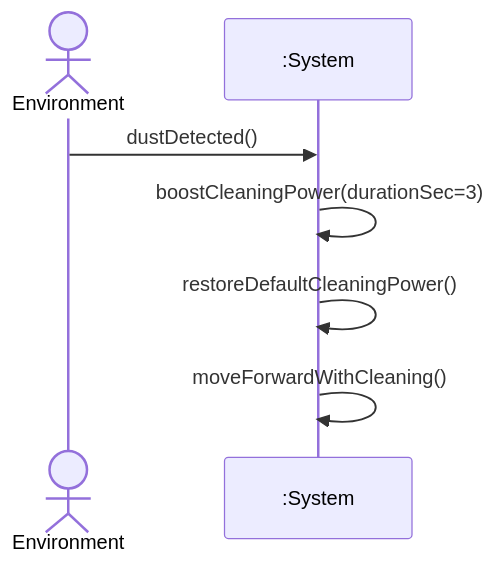
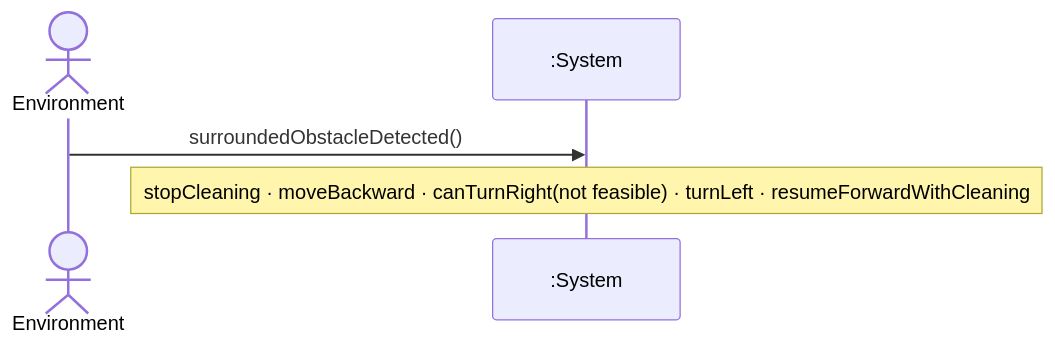
Before and after one commit to yul2yak/rvc_control_ooad: the third of 3 diagrams in docs/OOA/UseCases/UC-004.md, drawn with Mermaid. The commit also changed other lines of this file and 9 other files, not shown here.

Commit message:
Use Case Diagram 추가, 스킬 추가

````diff
--- a/docs/OOA/UseCases/UC-004.md
+++ b/docs/OOA/UseCases/UC-004.md
@@ -61,9 +104,7 @@
 ```mermaid
 sequenceDiagram
 actor E as Environment
 participant S as :System
-E->>S: dustDetected()
-S->>S: boostCleaningPower(durationSec=3)
-S->>S: restoreDefaultCleaningPower()
-S->>S: moveForwardWithCleaning()
+E->>S: surroundedObstacleDetected()
+Note over S: stopCleaning · moveBackward · canTurnRight(not feasible) · turnLeft · resumeForwardWithCleaning
 ```
````
